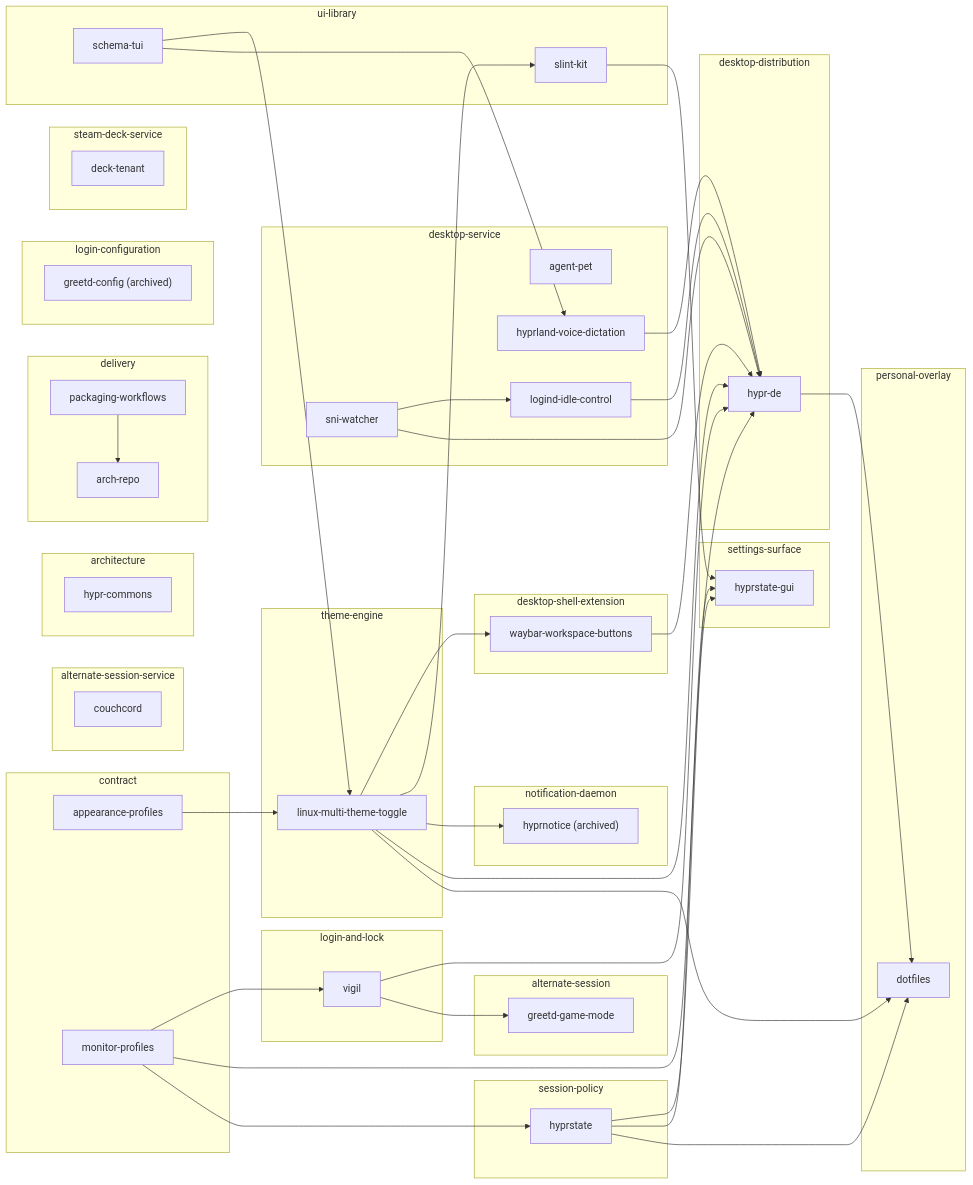
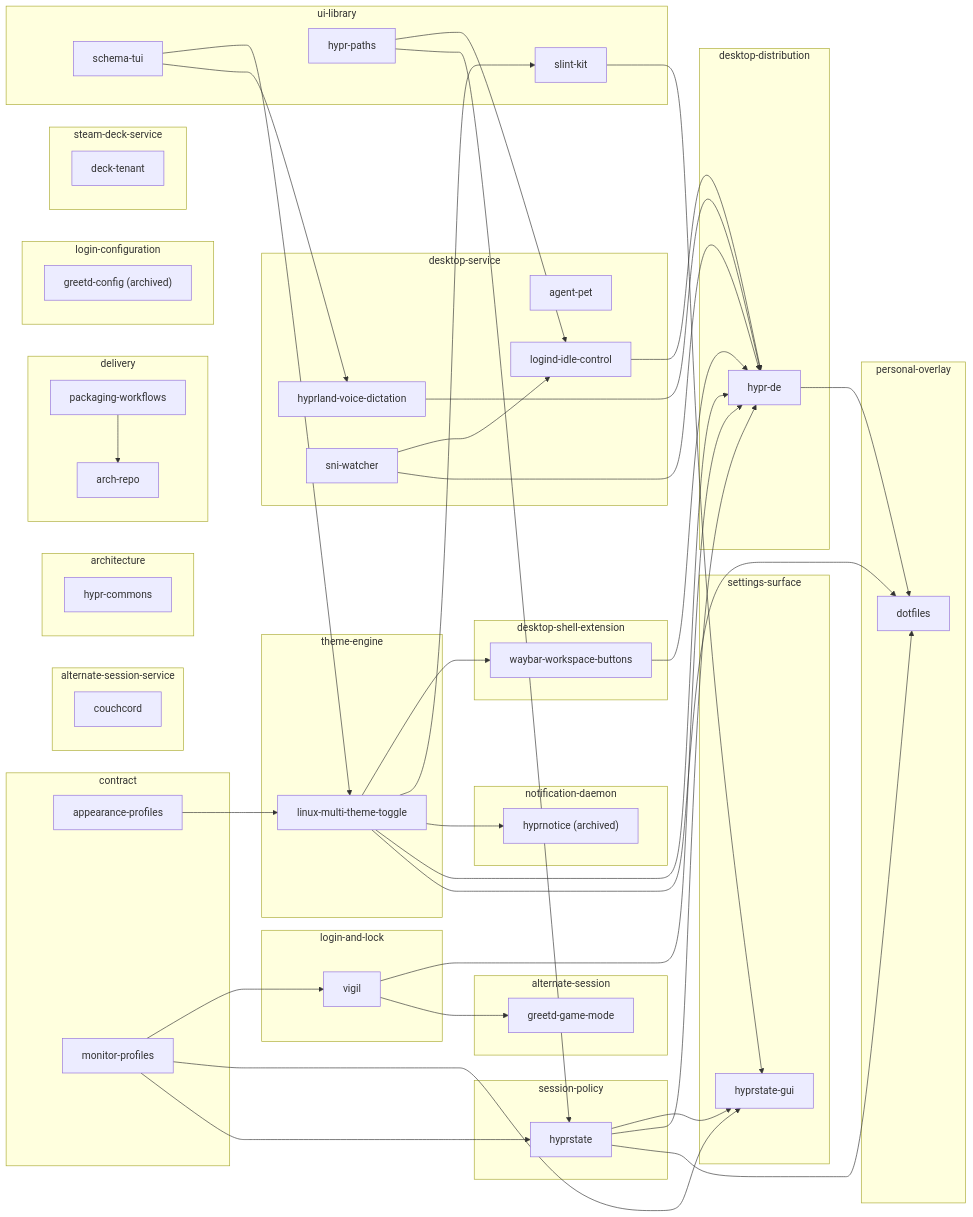
The diagram in docs/ECOSYSTEM.md (MasonRhodesDev/desktop-commons), drawn with Mermaid before and after one commit. The commit also changed other lines of this file and 8 other files, not shown here.

Commit message:
feat: register hypr-paths and the first two adopters

```diff
--- a/docs/ECOSYSTEM.md
+++ b/docs/ECOSYSTEM.md
@@ -60,6 +60,7 @@
         repo_linux_multi_theme_toggle["linux-multi-theme-toggle"]
     end
     subgraph role_ui_library["ui-library"]
+        repo_hypr_paths["hypr-paths"]
         repo_schema_tui["schema-tui"]
         repo_slint_kit["slint-kit"]
     end
@@ -77,12 +78,14 @@
     repo_waybar_workspace_buttons --> repo_hypr_de
     repo_schema_tui --> repo_hyprland_voice_dictation
     repo_linux_multi_theme_toggle --> repo_hyprnotice
+    repo_hypr_paths --> repo_hyprstate
     repo_monitor_profiles --> repo_hyprstate
     repo_hyprstate --> repo_hyprstate_gui
     repo_monitor_profiles --> repo_hyprstate_gui
     repo_slint_kit --> repo_hyprstate_gui
     repo_appearance_profiles --> repo_linux_multi_theme_toggle
     repo_schema_tui --> repo_linux_multi_theme_toggle
+    repo_hypr_paths --> repo_logind_idle_control
     repo_sni_watcher --> repo_logind_idle_control
     repo_linux_multi_theme_toggle --> repo_slint_kit
     repo_monitor_profiles --> repo_vigil
```
